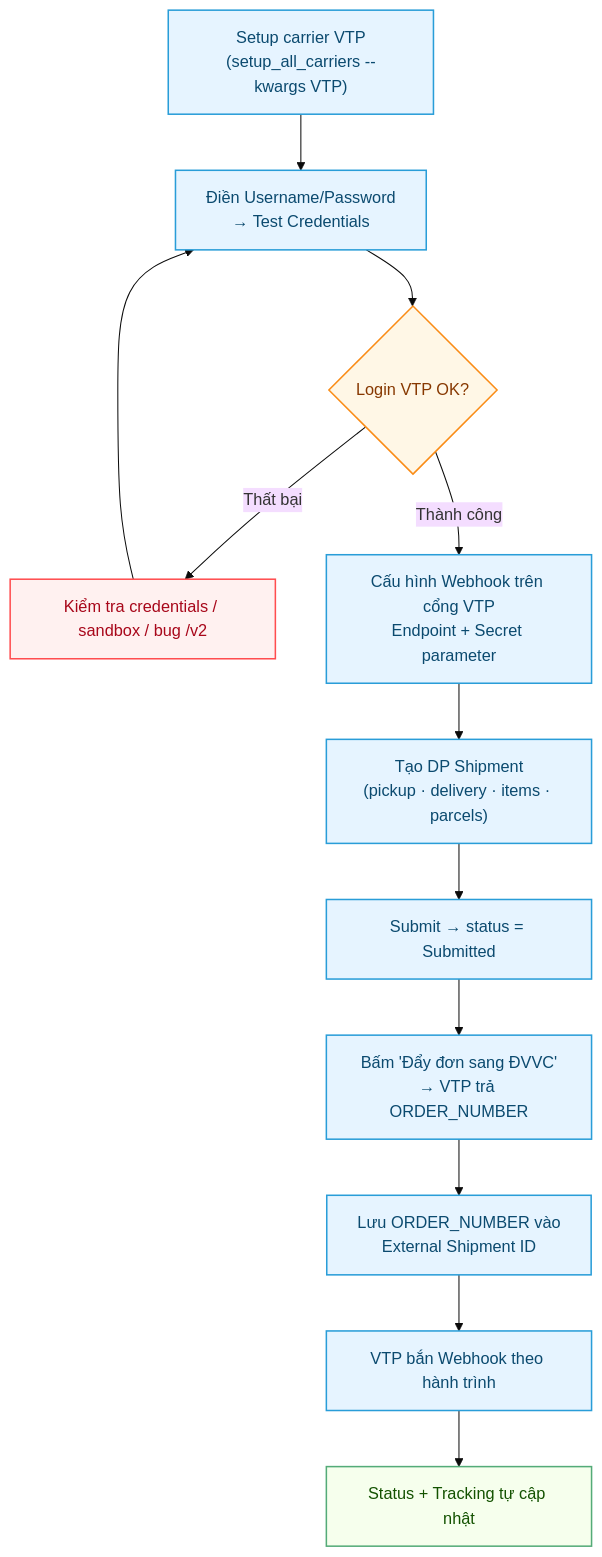
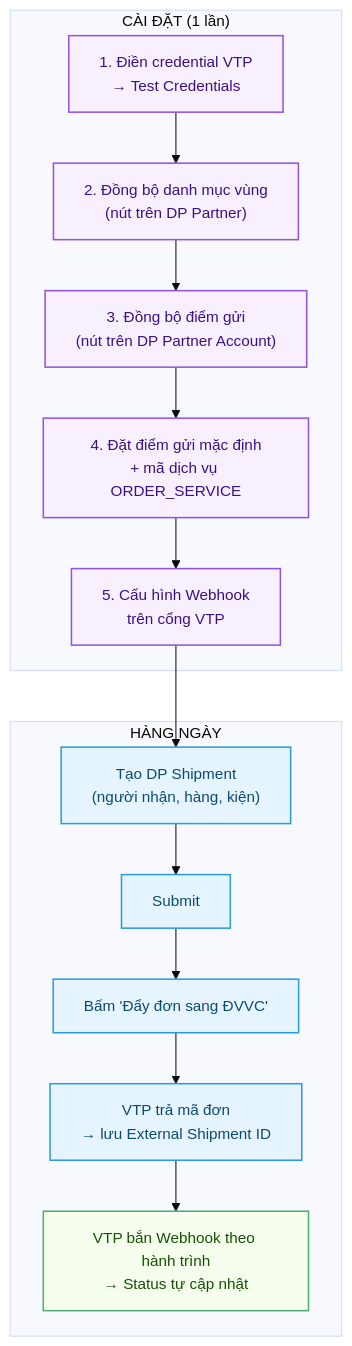
Before and after one commit to CobeGroup/cobe_erp_documents: the first of 5 diagrams in users/Delivery_Partner-Viettel_Post.md, drawn with Mermaid. The commit also changed other lines of this file, not shown here.

First line of the commit message:
docs(vtp): cập nhật hướng dẫn Viettel Post theo luồng mới

````diff
--- a/users/Delivery_Partner-Viettel_Post.md
+++ b/users/Delivery_Partner-Viettel_Post.md
@@ -27,25 +29,26 @@
 ```mermaid
-%%{init: {'theme':'base','themeVariables':{'fontSize':'16px'},'flowchart':{'nodeSpacing':50,'rankSpacing':55}}}%%
+%%{init: {'theme':'base','themeVariables':{'fontSize':'15px'},'flowchart':{'nodeSpacing':45,'rankSpacing':50}}}%%
 flowchart TD
+  classDef setup fill:#f9f0ff,stroke:#9254de,stroke-width:1.5px,color:#391085;
   classDef process fill:#e6f4ff,stroke:#299dd8,stroke-width:1.5px,color:#0b4a6f;
-  classDef decision fill:#fff7e6,stroke:#fa8c16,stroke-width:1.5px,color:#873800;
   classDef good fill:#f6ffed,stroke:#54ab78,stroke-width:1.5px,color:#135200;
-  classDef bad fill:#fff1f0,stroke:#ff4d4f,stroke-width:1.5px,color:#a8071a;
 
-  A["Setup carrier VTP<br/>(setup_all_carriers --kwargs VTP)"] --> B["Điền Username/Password<br/>→ Test Credentials"]
-  B --> C{"Login VTP OK?"}
-  C -- "Thất bại" --> C1["Kiểm tra credentials / sandbox / bug /v2"]
-  C1 --> B
-  C -- "Thành công" --> D["Cấu hình Webhook trên cổng VTP<br/>Endpoint + Secret parameter"]
-  D --> E["Tạo DP Shipment<br/>(pickup · delivery · items · parcels)"]
-  E --> F["Submit → status = Submitted"]
-  F --> G["Bấm 'Đẩy đơn sang ĐVVC'<br/>→ VTP trả ORDER_NUMBER"]
-  G --> H["Lưu ORDER_NUMBER vào<br/>External Shipment ID"]
-  H --> I["VTP bắn Webhook theo hành trình"]
-  I --> J["Status + Tracking tự cập nhật"]
+  subgraph SETUP["CÀI ĐẶT (1 lần)"]
+    A["1. Điền credential VTP<br/>→ Test Credentials"] --> B["2. Đồng bộ danh mục vùng<br/>(nút trên DP Partner)"]
+    B --> C["3. Đồng bộ điểm gửi<br/>(nút trên DP Partner Account)"]
+    C --> D["4. Đặt điểm gửi mặc định<br/>+ mã dịch vụ ORDER_SERVICE"]
+    D --> E["5. Cấu hình Webhook<br/>trên cổng VTP"]
+  end
 
-  class A,B,D,E,F,G,H,I process
-  class C decision
-  class C1 bad
+  subgraph DAILY["HÀNG NGÀY"]
+    F["Tạo DP Shipment<br/>(người nhận, hàng, kiện)"] --> G["Submit"]
+    G --> H["Bấm 'Đẩy đơn sang ĐVVC'"]
+    H --> I["VTP trả mã đơn<br/>→ lưu External Shipment ID"]
+    I --> J["VTP bắn Webhook theo hành trình<br/>→ Status tự cập nhật"]
+  end
+
+  E --> F
+  class A,B,C,D,E setup
+  class F,G,H,I process
   class J good
 ```
````
